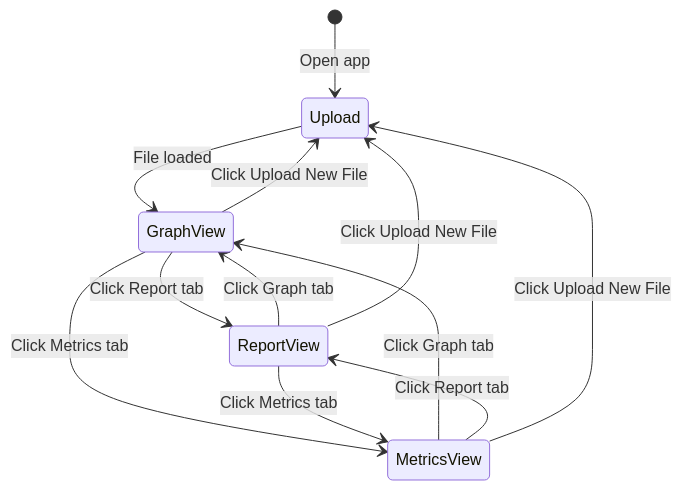
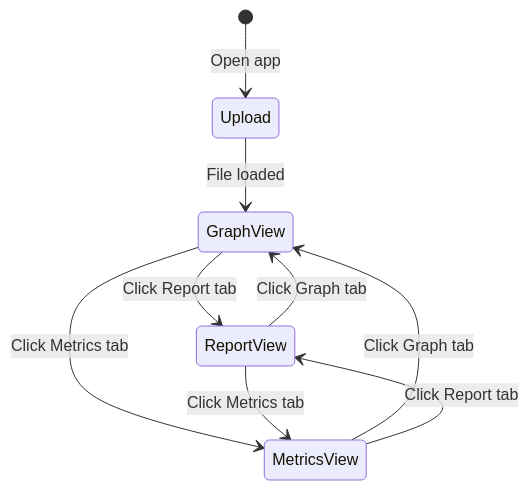
Before and after one commit to fisher-89/dependency-cruiser-reporter: the sixth of 6 diagrams in docs/architecture/data-flow.md, drawn with Mermaid. The commit also changed other lines of this file and 20 other files, not shown here.

````diff
--- a/docs/architecture/data-flow.md
+++ b/docs/architecture/data-flow.md
@@ -207,14 +184,11 @@
 ```mermaid
 stateDiagram-v2
     [*] --> Upload: Open app
     Upload --> GraphView: File loaded
     GraphView --> ReportView: Click Report tab
     GraphView --> MetricsView: Click Metrics tab
     ReportView --> GraphView: Click Graph tab
     ReportView --> MetricsView: Click Metrics tab
     MetricsView --> GraphView: Click Graph tab
     MetricsView --> ReportView: Click Report tab
-    GraphView --> Upload: Click Upload New File
-    ReportView --> Upload: Click Upload New File
-    MetricsView --> Upload: Click Upload New File
 ```
````
